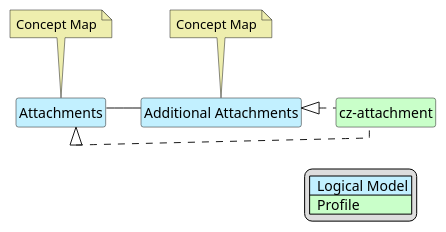
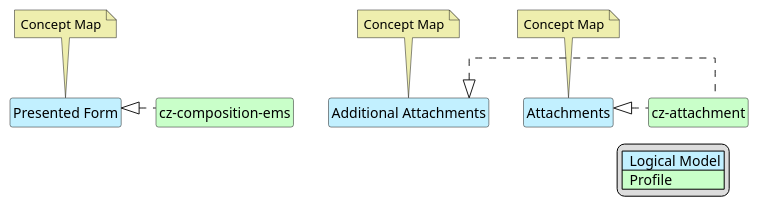
The diagram in input/images-source/emsAttach-map.plantuml (HL7-cz/cz-ems), drawn with PlantUML before and after one commit. The commit also changed 30 other files, not shown here.

```diff
--- a/input/images-source/emsAttach-map.plantuml
+++ b/input/images-source/emsAttach-map.plantuml
@@ -1,36 +1,42 @@
 @startuml
 hide circle
 hide stereotype
 hide members
 hide methods
 skinparam linetype ortho
 skinparam class {
 BackgroundColor<<LogicalModel>> #APPLICATION
 BackgroundColor<<Profile>> #TECHNOLOGY
 }
 legend right
 | <#APPLICATION>  Logical Model |
 | <#TECHNOLOGY>  Profile |
 endlegend
 
 class "Attachments" <<LogicalModel>> [[StructureDefinition-AttachmentsEMSCz.html]]
 note top #EEEEAE [[ConceptMap-AttachmentEMS2FHIR-en.html]]
 Concept Map
 endnote
 
 class "Additional Attachments" <<LogicalModel>> [[StructureDefinition-AttachmentsCz.html]]
 note top #EEEEAE [[ConceptMap-AttachmentEMS2FHIR-en.html]]
 Concept Map
 endnote
 
+class "Presented Form" <<LogicalModel>> [[StructureDefinition-PresentedFormCz.html]]
+note top #EEEEAE [[ConceptMap-AttachmentEMS2FHIR-cz.html]]
+Concept Map
+endnote
+
+class "cz-composition-ems" <<Profile>> [[https://build.fhir.org/ig/HL7-cz/cz-ems/StructureDefinition-cz-composition-ems.html]]
 class "cz-attachment" <<Profile>> [[https://build.fhir.org/ig/HL7-cz/cz-core/StructureDefinition-cz-attachment.html]]
 
-"Attachments" -- "Additional Attachments"
+"Presented Form" <|. "cz-composition-ems"
 "Additional Attachments" <|. "cz-attachment"
 "Attachments" <|. "cz-attachment"
 
-"Additional Attachments" -r[hidden]-> "Attachments"
+"Presented Form" -d[hidden]-> "cz-composition-ems"
 "Additional Attachments" -d[hidden]-> "cz-attachment"
 "Attachments" -d[hidden]-> "cz-attachment"
 
 @enduml
```
